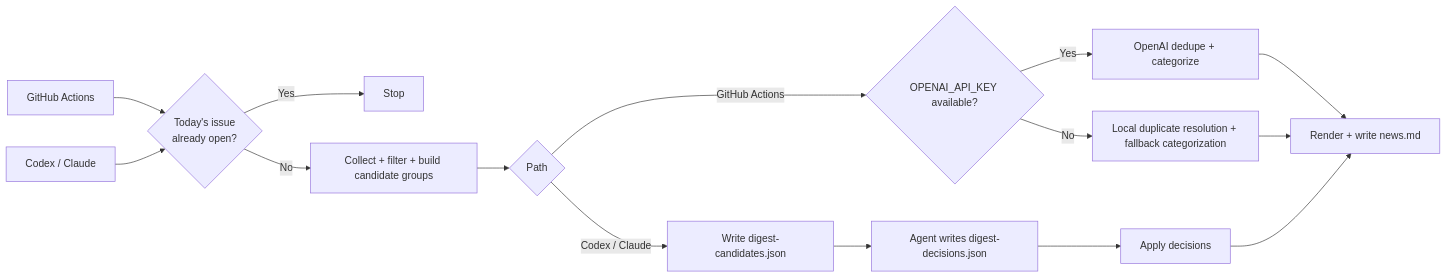
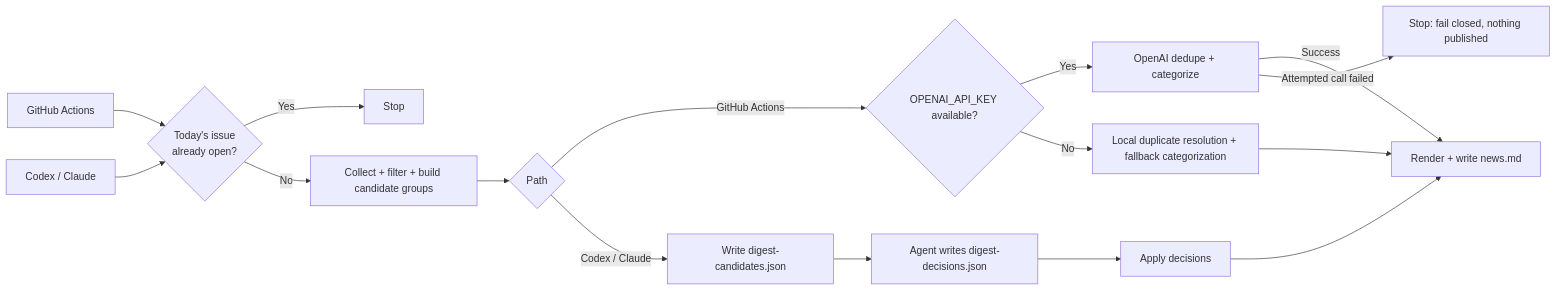
The second of 2 diagrams in docs/architecture.md (nickzren/ai-news-agent), drawn with Mermaid before and after one commit. The commit also changed other lines of this file and 2 other files, not shown here.

Commit message:
fix(digest): Fail closed when an attempted OpenAI call fails (#494)
* fix(digest): Fail closed when an attempted OpenAI call fails

An attempted API call that failed silently degraded to heuristic
categorization while the job still reported success. Runs on Aug 28-30
hit credit_balance_exhausted and published heuristic digests as normal
ones.

Categorization now distinguishes three states:
- API succeeds: publish model output
- No key configured: heuristic fallback may proceed (manual path)
- API attempted and failed: raise, so nothing is rendered or published

Also reject a well-formed response that omits candidates from both
items and off_topic_ids, which could otherwise yield a wholly
heuristic digest from a successful call.

* docs(architecture): Document fail-closed categorization

````diff
--- a/docs/architecture.md
+++ b/docs/architecture.md
@@ -62,17 +62,18 @@
 ```mermaid
 flowchart LR
     GH[GitHub Actions] --> T{Today's issue<br/>already open?}
     AGENT[Codex / Claude] --> T
     T -- Yes --> S[Stop]
     T -- No --> C[Collect + filter + build candidate groups]
     C --> P{Path}
     P -- GitHub Actions --> K1{OPENAI_API_KEY available?}
     K1 -- Yes --> L[OpenAI dedupe + categorize]
     K1 -- No --> R[Local duplicate resolution + fallback categorization]
     P -- Codex / Claude --> X[Write digest-candidates.json]
     X --> Y[Agent writes digest-decisions.json]
     Y --> Z[Apply decisions]
-    L --> W[Render + write news.md]
+    L -- Success --> W[Render + write news.md]
+    L -- Attempted call failed --> F[Stop: fail closed, nothing published]
     R --> W
     Z --> W
 ```
````
